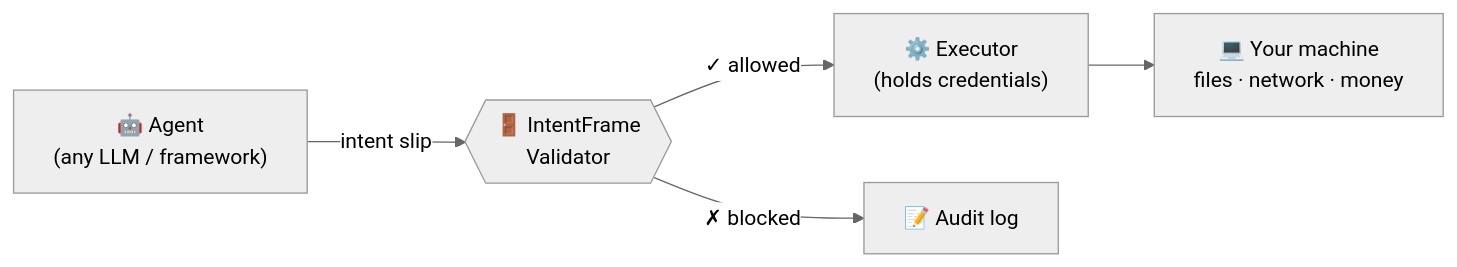
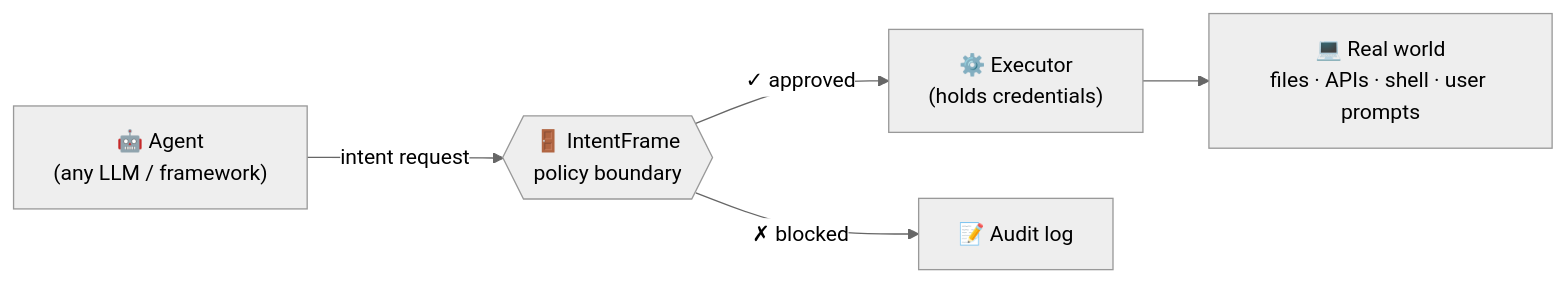
Before and after one commit to intentframe/intentframe: the first of 4 diagrams in README.md, drawn with Mermaid. The commit also changed other lines of this file, not shown here.

````diff
--- a/README.md
+++ b/README.md
@@ -61,8 +68,8 @@
 ```mermaid
 %%{init: {'theme':'neutral'}}%%
 flowchart LR
-    A["🤖 Agent<br/>(any LLM / framework)"] -->|"intent slip"| V{{"🚪 IntentFrame<br/>Validator"}}
-    V -->|"✓ allowed"| E["⚙️ Executor<br/>(holds credentials)"]
+    A["🤖 Agent<br/>(any LLM / framework)"] -->|"intent request"| V{{"🚪 IntentFrame<br/>policy boundary"}}
+    V -->|"✓ approved"| E["⚙️ Executor<br/>(holds credentials)"]
     V -->|"✗ blocked"| X["📝 Audit log"]
-    E --> S["💻 Your machine<br/>files · network · money"]
+    E --> S["💻 Real world<br/>files · APIs · shell · user prompts"]
 ```
````
